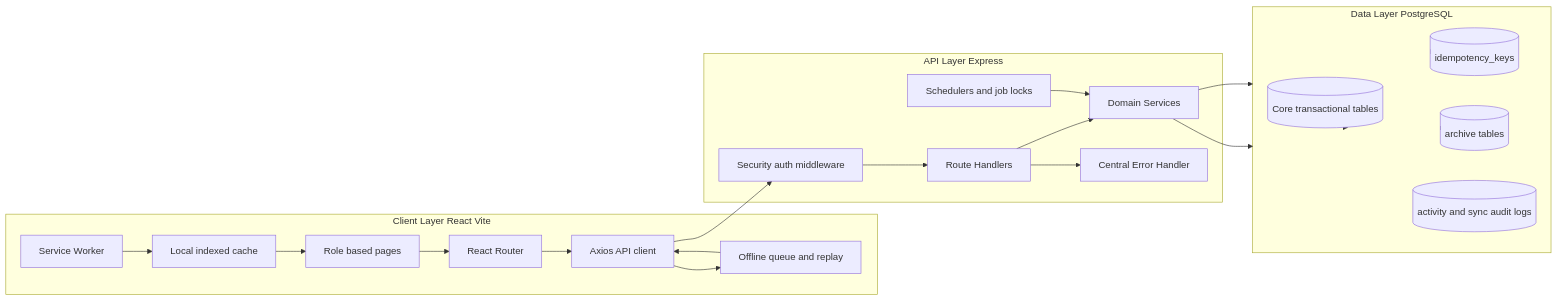
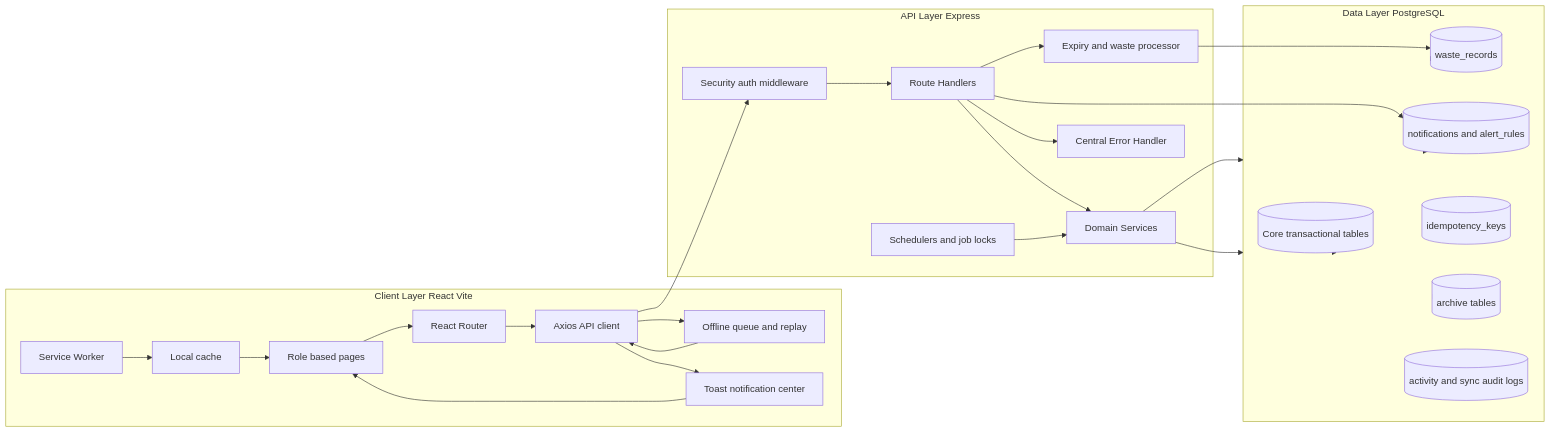
Before and after one commit to Asout3/bakery-ops-app: the second of 6 diagrams in README.md, drawn with Mermaid. The commit also changed other lines of this file and 22 other files, not shown here.

Commit message:
Add waste tracking and richer notifications

````diff
--- a/README.md
+++ b/README.md
@@ -75,36 +77,45 @@
 ```mermaid
 flowchart LR
   subgraph Frontend[Client Layer React Vite]
     UI[Role based pages]
     Router[React Router]
     APIClient[Axios API client]
     OfflineQ[Offline queue and replay]
+    Toasts[Toast notification center]
     SW[Service Worker]
-    Cache[Local indexed cache]
+    Cache[Local cache]
   end
 
   subgraph Backend[API Layer Express]
     MW[Security auth middleware]
     Routes[Route Handlers]
     Services[Domain Services]
+    Waste[Expiry and waste processor]
     Errors[Central Error Handler]
     Jobs[Schedulers and job locks]
   end
 
   subgraph Data[Data Layer PostgreSQL]
     Core[(Core transactional tables)]
+    WasteLedger[(waste_records)]
+    Alerts[(notifications and alert_rules)]
     Idem[(idempotency_keys)]
     Archive[(archive tables)]
     Audit[(activity and sync audit logs)]
   end
 
   UI --> Router --> APIClient --> MW --> Routes --> Services --> Data
   APIClient --> OfflineQ --> APIClient
+  APIClient --> Toasts --> UI
   SW --> Cache --> UI
+  Routes --> Waste --> WasteLedger
+  Routes --> Alerts
   Routes --> Errors
   Jobs --> Services --> Data
   Data --> Core
+  Data --> WasteLedger
+  Data --> Alerts
   Data --> Idem
   Data --> Archive
   Data --> Audit
 ```
````
